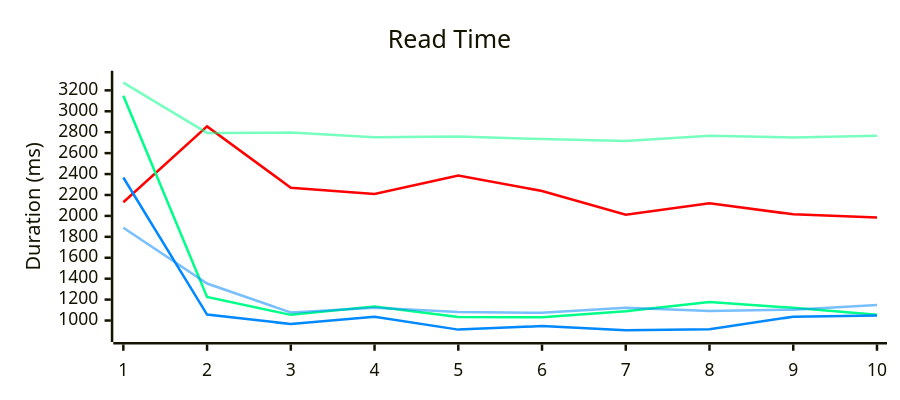
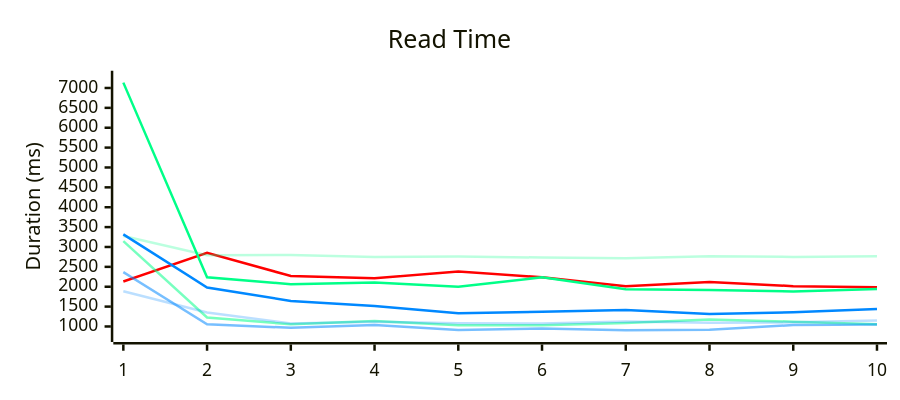
One commit to RDCN-Community-Developers/RhythmToolkit changed the second of 3 diagrams in README.md. Above: the diagram before and after it, drawn with Mermaid. The commit also changed other lines of this file and 3 other files, not shown here.

````diff
--- a/README.md
+++ b/README.md
@@ -117,23 +117,27 @@
 ```mermaid
 ---
 config:
     xyChart:
         height: 300
     themeVariables:
         xyChart:
-            plotColorPalette: '#F00, #0F88, #0F8, #08F8, #08F'
+            plotColorPalette: '#F00, #0F84, #0F88,  #0F8, #08F4, #08F8, #08F'
 ---
 xychart
   title "Read Time"
     y-axis "Duration (ms)"
     %% RDLE
     line [2130.5224, 2855.4669, 2269.7906, 2210.3916, 2385.5643, 2238.7013, 2011.8578, 2121.1231, 2014.9036, 1984.7555]
     %% RDTK .NET Standard 2.0 v1.3.4
     line [3273.9261, 2793.1168, 2796.0169, 2750.7386, 2757.9804, 2734.5127, 2715.0270, 2765.0712, 2749.9744, 2764.9854]
     %% RDTK .NET Standard 2.0 v1.3.9
     line [3148.9088,1226.1298,1054.2334,1134.9715,1033.4164,1030.4823,1088.7369,1178.1487,1120.97,1055.3118]
+    %% RDTK .NET Standard 2.0 v1.3.10
+    line [7134.5801,2236.0677,2063.2343,2106.4128,1999.3797,2237.3778,1939.453,1916.7111,1880.1355,1943.7469]
     %% RDTK .NET 8.0 v1.3.4
     line [1887.2656, 1353.3896, 1076.3732, 1121.0746, 1080.6883, 1074.4476, 1122.7722, 1091.6990, 1103.6302, 1149.2975]
     %% RDTK .NET 8.0 v1.3.9
     line [2367.0337,1056.9628,966.5576,1035.8415,913.1249,946.951,908.2692,917.0895,1036.6879,1048.7651]
+    %% RDTK .NET 8.0 v1.3.10
+    line [3317.9543,1981.8849,1643.5074,1516.5513,1333.5835,1370.9584,1416.6815,1316.2952,1358.4216,1442.6675]
 ```
````
